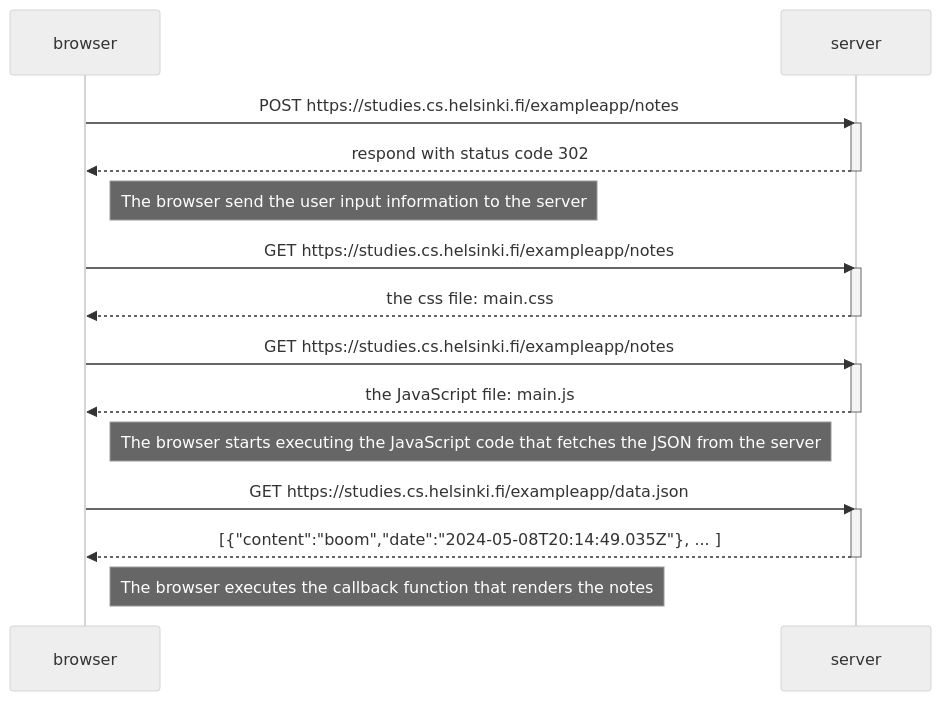
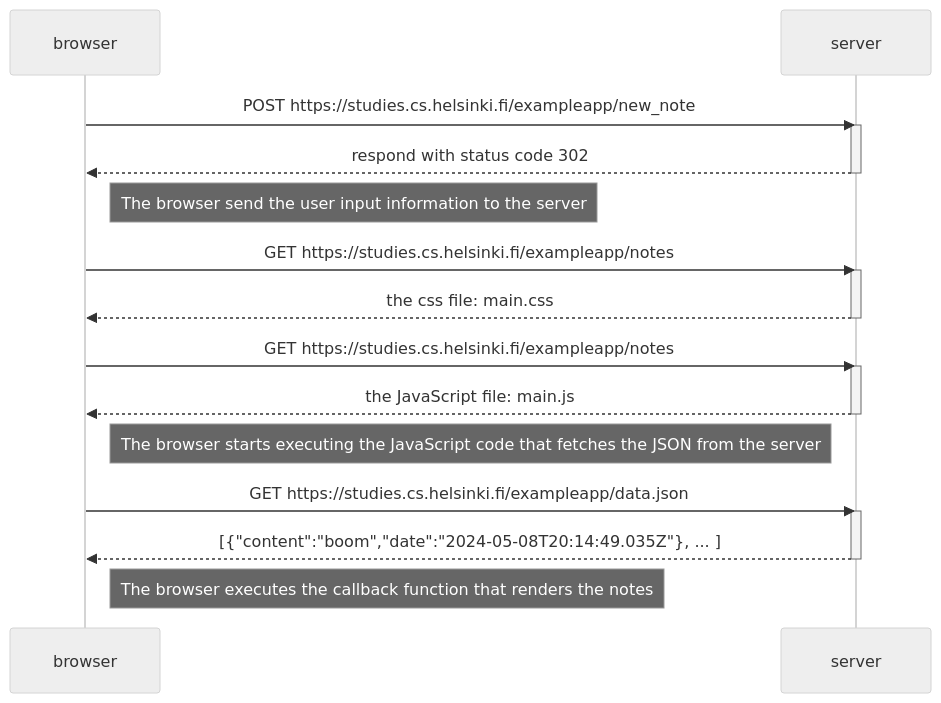
One commit to VietNg2023/Fullstack changed the diagram in Exercise0-4.md. Above: the diagram before and after it, drawn with Mermaid (neutral theme).

````diff
--- a/Exercise0-4.md
+++ b/Exercise0-4.md
@@ -1,31 +1,31 @@
 ```mermaid
 sequenceDiagram
     participant browser
     participant server
 
-    browser->>server: POST https://studies.cs.helsinki.fi/exampleapp/notes
+    browser->>server: POST https://studies.cs.helsinki.fi/exampleapp/new_note
     activate server
     server-->>browser: respond with status code 302
     deactivate server
 
     Note right of browser: The browser send the user input information to the server
 
     browser->>server: GET https://studies.cs.helsinki.fi/exampleapp/notes
     activate server
     server-->>browser: the css file: main.css
     deactivate server
 
     browser->>server: GET https://studies.cs.helsinki.fi/exampleapp/notes
     activate server
     server-->>browser: the JavaScript file: main.js
     deactivate server
 
     Note right of browser: The browser starts executing the JavaScript code that fetches the JSON from the server
 
     browser->>server: GET https://studies.cs.helsinki.fi/exampleapp/data.json
     activate server
     server-->>browser: [{"content":"boom","date":"2024-05-08T20:14:49.035Z"}, ... ]
     deactivate server
 
     Note right of browser: The browser executes the callback function that renders the notes
 ```
````
